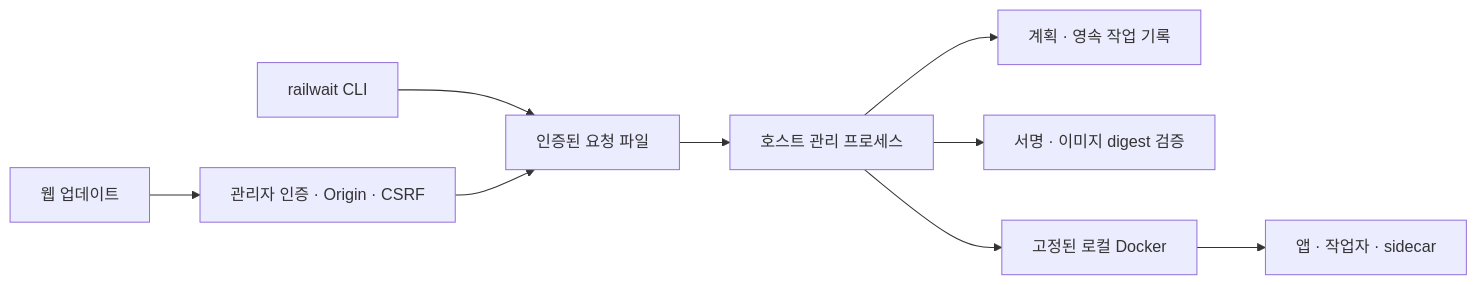
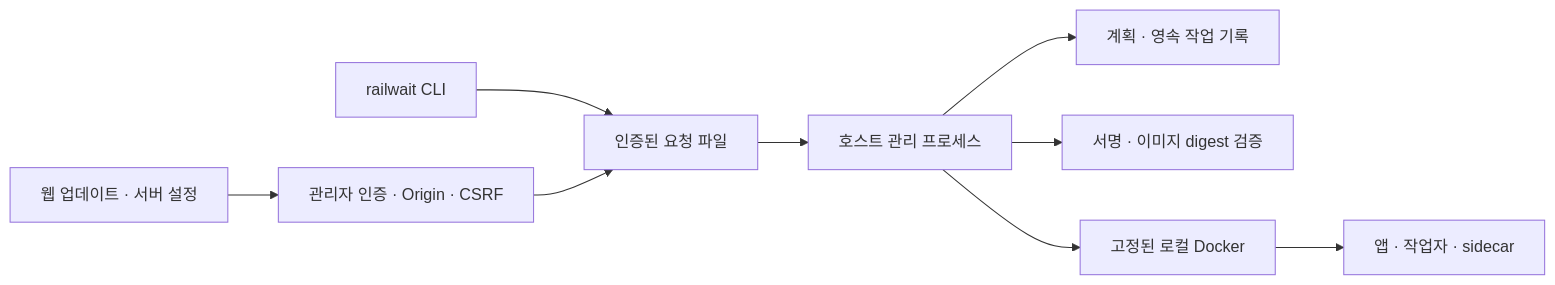
Before and after one commit to hostkimjang/korail-auto-waitlist: the diagram in docs/INSTALL_UPDATE_DESIGN.md, drawn with Mermaid. The commit also changed other lines of this file and 3 other files, not shown here.

````diff
--- a/docs/INSTALL_UPDATE_DESIGN.md
+++ b/docs/INSTALL_UPDATE_DESIGN.md
@@ -188,11 +188,11 @@
 ```mermaid
 flowchart LR
   CLI[railwait CLI] --> Queue[인증된 요청 파일]
-  Web[웹 업데이트] --> API[관리자 인증 · Origin · CSRF]
+  Web[웹 업데이트 · 서버 설정] --> API[관리자 인증 · Origin · CSRF]
   API --> Queue
   Queue --> Manager[호스트 관리 프로세스]
   Manager --> Plan[계획 · 영속 작업 기록]
   Manager --> Release[서명 · 이미지 digest 검증]
   Manager --> Docker[고정된 로컬 Docker]
   Docker --> App[앱 · 작업자 · sidecar]
 ```
````
